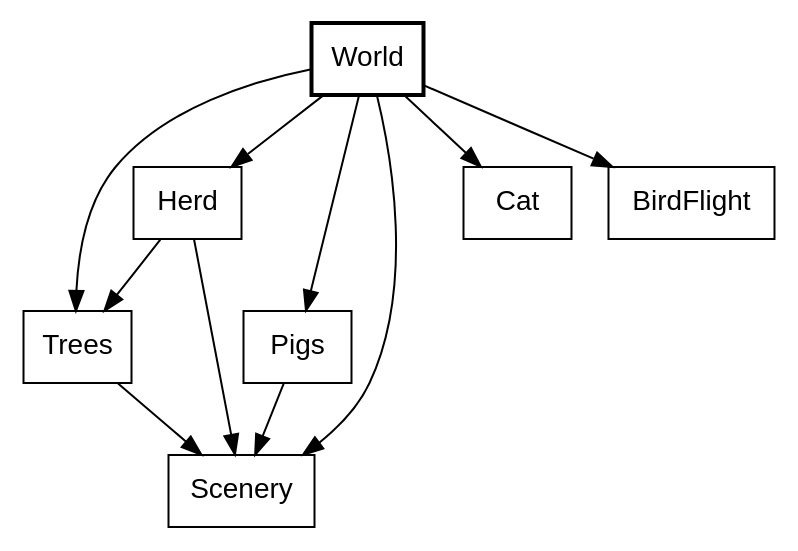
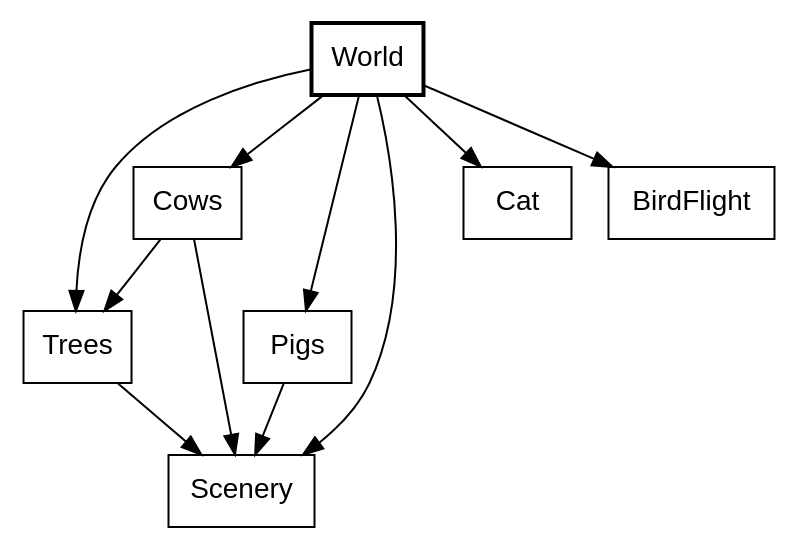
The third of 19 diagrams in canvas_apps/safari/tutorial/tutorial.md (showell/roc-apps), drawn with Graphviz before and after one commit. The commit also changed other lines of this file and 2 other files, not shown here.

Commit message:
safari: Herd becomes Cows
It is cows only, and Pigs has a herd of its own.

````diff
--- a/canvas_apps/safari/tutorial/tutorial.md
+++ b/canvas_apps/safari/tutorial/tutorial.md
@@ -174,16 +174,16 @@
 ```dot
 digraph world {
   node [shape=box, fontname="Helvetica"];
   World [style=bold];
   World -> Trees;
-  World -> Herd;
+  World -> Cows;
   World -> Pigs;
   World -> Scenery;
   World -> Cat;
   World -> BirdFlight;
-  Herd -> Trees;
-  Herd -> Scenery;
+  Cows -> Trees;
+  Cows -> Scenery;
   Trees -> Scenery;
   Pigs -> Scenery;
 }
 ```
````
